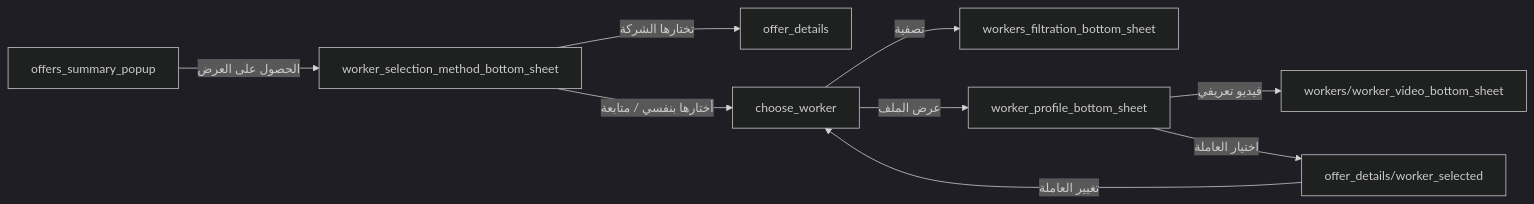
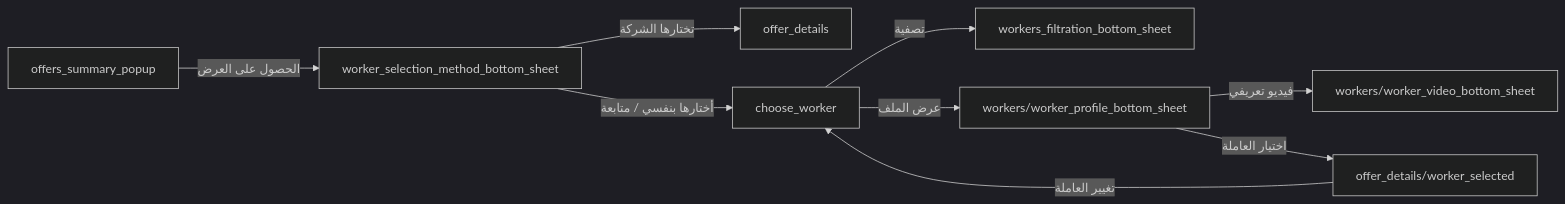
One commit to mmsanad7/belkhedma changed the diagram in project/decisions/0008-monthly-worker-selection-flow.md. Above: the diagram before and after it, drawn with Mermaid (dark theme). The commit also changed other lines of this file and 9 other files, not shown here.

````diff
--- a/project/decisions/0008-monthly-worker-selection-flow.md
+++ b/project/decisions/0008-monthly-worker-selection-flow.md
@@ -24,11 +24,11 @@
 ```mermaid
 flowchart LR
     P["offers_summary_popup"] -->|"الحصول على العرض"| M["worker_selection_method_bottom_sheet"]
     M -->|"تختارها الشركة"| OD["offer_details"]
     M -->|"أختارها بنفسي / متابعة"| CW["choose_worker"]
     CW -->|"تصفية"| F["workers_filtration_bottom_sheet"]
-    CW -->|"عرض الملف"| PR["worker_profile_bottom_sheet"]
+    CW -->|"عرض الملف"| PR["workers/worker_profile_bottom_sheet"]
     PR -->|"فيديو تعريفي"| VID["workers/worker_video_bottom_sheet"]
     PR -->|"اختيار العاملة"| ODS["offer_details/worker_selected"]
     ODS -->|"تغيير العاملة"| CW
 ```
````
